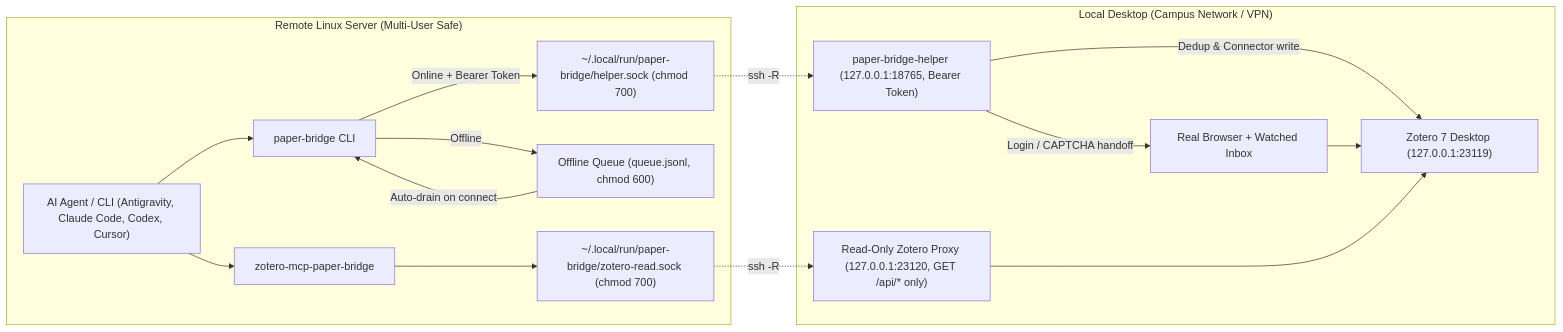
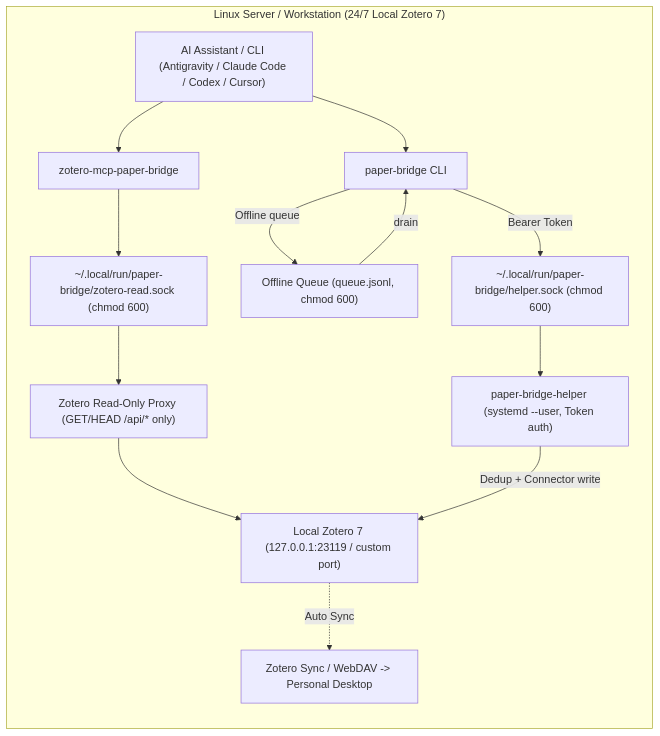
The diagram in README.md (yss-off/zotero-paper-bridge), drawn with Mermaid before and after one commit. The commit also changed other lines of this file and 50 other files, not shown here.

First line of the commit message:
Switch to server-local Zotero mode and remove reverse-SSH/Windows client

````diff
--- a/README.md
+++ b/README.md
@@ -42,30 +37,22 @@
 ```mermaid
 flowchart LR
-    subgraph Server["Remote Linux Server (Multi-User Safe)"]
-        Agent["AI Agent / CLI (Antigravity, Claude Code, Codex, Cursor)"]
+    subgraph Host["Linux Server / Workstation (24/7 Local Zotero 7)"]
+        Agent["AI Assistant / CLI (Antigravity / Claude Code / Codex / Cursor)"]
         CLI["paper-bridge CLI"]
         Queue["Offline Queue (queue.jsonl, chmod 600)"]
         MCP["zotero-mcp-paper-bridge"]
-        HSock["~/.local/run/paper-bridge/helper.sock (chmod 700)"]
-        ZSock["~/.local/run/paper-bridge/zotero-read.sock (chmod 700)"]
-    end
-
-    subgraph Client["Local Desktop (Campus Network / VPN)"]
-        Helper["paper-bridge-helper (127.0.0.1:18765, Bearer Token)"]
-        ROProxy["Read-Only Zotero Proxy (127.0.0.1:23120, GET /api/* only)"]
-        Browser["Real Browser + Watched Inbox"]
-        Zotero["Zotero 7 Desktop (127.0.0.1:23119)"]
+        HSock["~/.local/run/paper-bridge/helper.sock (chmod 600)"]
+        ZSock["~/.local/run/paper-bridge/zotero-read.sock (chmod 600)"]
+        Helper["paper-bridge-helper (systemd --user, Token auth)"]
+        ROProxy["Zotero Read-Only Proxy (GET/HEAD /api/* only)"]
+        Zotero["Local Zotero 7 (127.0.0.1:23119 / custom port)"]
+        WebDAV["Zotero Sync / WebDAV -> Personal Desktop"]
     end
 
     Agent --> CLI
-    CLI -->|"Online + Bearer Token"| HSock
-    CLI -->|"Offline"| Queue
-    Queue -->|"Auto-drain on connect"| CLI
-    Agent --> MCP --> ZSock
-
-    HSock -. "ssh -R" .-> Helper
-    ZSock -. "ssh -R" .-> ROProxy --> Zotero
-
-    Helper -->|"Dedup & Connector write"| Zotero
-    Helper -->|"Login / CAPTCHA handoff"| Browser --> Zotero
+    CLI -->|"Bearer Token"| HSock --> Helper
+    CLI -->|"Offline queue"| Queue -->|"drain"| CLI
+    Agent --> MCP --> ZSock --> ROProxy --> Zotero
+    Helper -->|"Dedup + Connector write"| Zotero
+    Zotero -. "Auto Sync" .-> WebDAV
 ```
````
